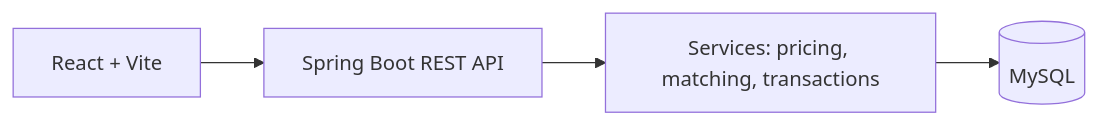
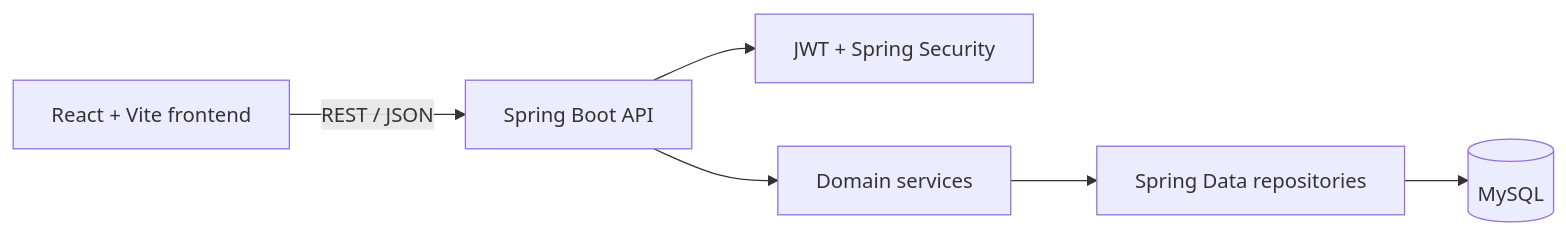
Before and after one commit to anivartak16/krishilink-platform: the diagram in README.md, drawn with Mermaid. The commit also changed other lines of this file, not shown here.

Commit message:
Document Spring Boot and frontend project

````diff
--- a/README.md
+++ b/README.md
@@ -18,6 +49,8 @@
 ```mermaid
 flowchart LR
-  UI[React + Vite] --> API[Spring Boot REST API]
-  API --> SVC[Services: pricing, matching, transactions]
-  SVC --> DB[(MySQL)]
+    Browser[React + Vite frontend] -->|REST / JSON| API[Spring Boot API]
+    API --> Security[JWT + Spring Security]
+    API --> Services[Domain services]
+    Services --> Repositories[Spring Data repositories]
+    Repositories --> Database[(MySQL)]
 ```
````
